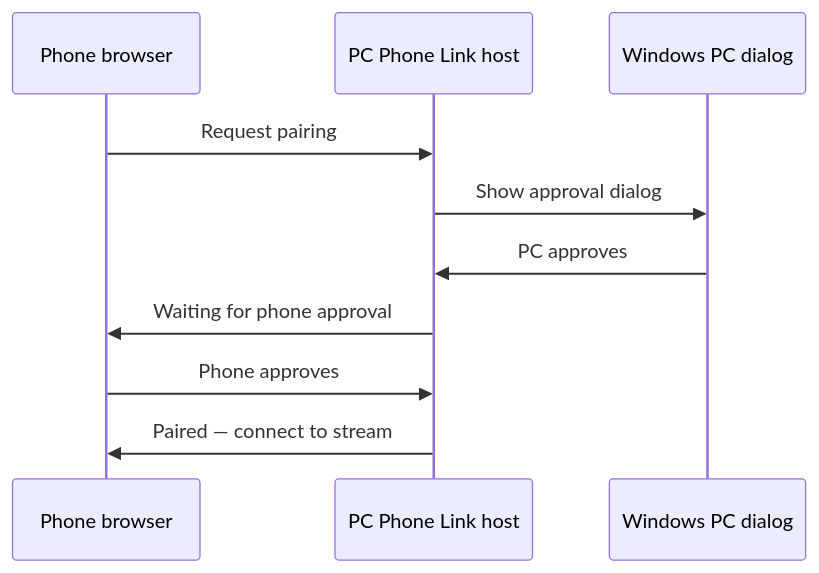
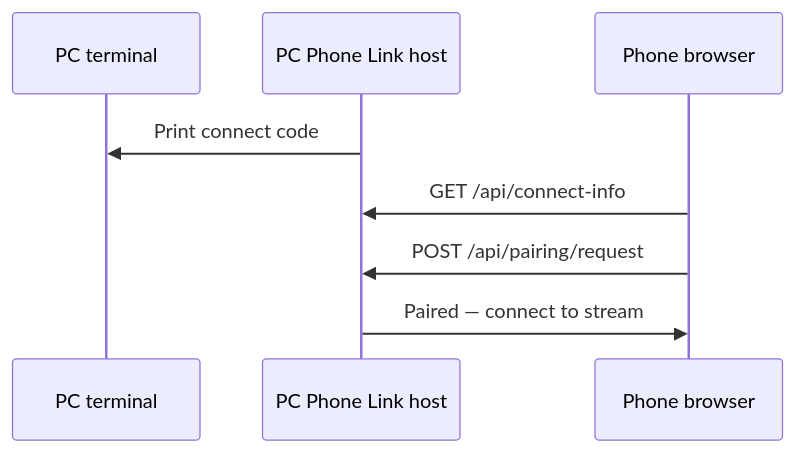
One commit to PearceMullins/pc-phone-link changed the second of 2 diagrams in README.md. Above: the diagram before and after it, drawn with Mermaid. The commit also changed other lines of this file and 44 other files, not shown here.

````diff
--- a/README.md
+++ b/README.md
@@ -135,13 +131,11 @@
 ```mermaid
 sequenceDiagram
+    participant Terminal as PC terminal
+    participant Host as PC Phone Link host
     participant Phone as Phone browser
-    participant Host as PC Phone Link host
-    participant PC as Windows PC dialog
 
-    Phone->>Host: Request pairing
-    Host->>PC: Show approval dialog
-    PC->>Host: PC approves
-    Host->>Phone: Waiting for phone approval
-    Phone->>Host: Phone approves
+    Host->>Terminal: Print connect code
+    Phone->>Host: GET /api/connect-info
+    Phone->>Host: POST /api/pairing/request
     Host->>Phone: Paired — connect to stream
 ```
````
